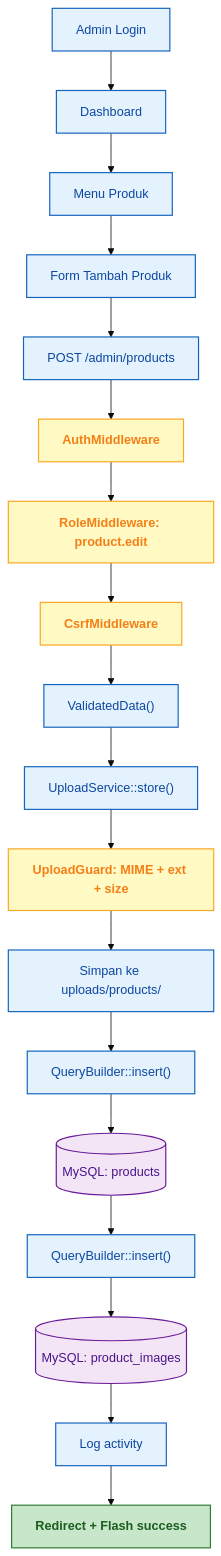
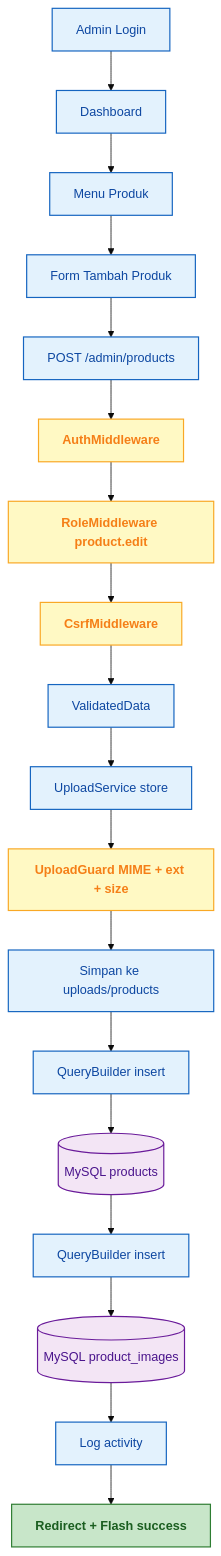
Before and after one commit to sekarpratama/project1: the ninth of 19 diagrams in README.md, drawn with Mermaid (base theme). The commit also changed other lines of this file, not shown here.

````diff
--- a/README.md
+++ b/README.md
@@ -534,28 +554,44 @@
 ```mermaid
 flowchart TD
     A["Admin Login"]:::step
     B["Dashboard"]:::step
     C["Menu Produk"]:::step
     D["Form Tambah Produk"]:::step
     E["POST /admin/products"]:::step
     F["AuthMiddleware"]:::check
-    G["RoleMiddleware: product.edit"]:::check
+    G["RoleMiddleware product.edit"]:::check
     H["CsrfMiddleware"]:::check
-    I["ValidatedData()"]:::step
-    J["UploadService::store()"]:::step
-    K["UploadGuard: MIME + ext + size"]:::check
-    L["Simpan ke uploads/products/"]:::step
-    M["QueryBuilder::insert()"]:::step
-    N[("MySQL: products")]:::data
-    O["QueryBuilder::insert()"]:::step
-    P[("MySQL: product_images")]:::data
+    I["ValidatedData"]:::step
+    J["UploadService store"]:::step
+    K["UploadGuard MIME + ext + size"]:::check
+    L["Simpan ke uploads/products"]:::step
+    M["QueryBuilder insert"]:::step
+    N[("MySQL products")]:::data
+    O["QueryBuilder insert"]:::step
+    P[("MySQL product_images")]:::data
     Q["Log activity"]:::step
     R["Redirect + Flash success"]:::success
 
-    A --> B --> C --> D --> E --> F --> G --> H --> I --> J --> K --> L --> M --> N --> O --> P --> Q --> R
+    A --> B
+    B --> C
+    C --> D
+    D --> E
+    E --> F
+    F --> G
+    G --> H
+    H --> I
+    I --> J
+    J --> K
+    K --> L
+    L --> M
+    M --> N
+    N --> O
+    O --> P
+    P --> Q
+    Q --> R
 
     classDef step fill:#e3f2fd,stroke:#1565c0,stroke-width:1.5px,color:#0d47a1
     classDef check fill:#fff9c4,stroke:#f9a825,stroke-width:1.5px,color:#f57f17,font-weight:bold
     classDef data fill:#f3e5f5,stroke:#6a1b9a,stroke-width:1.5px,color:#4a148c
     classDef success fill:#c8e6c9,stroke:#2e7d32,stroke-width:1.5px,color:#1b5e20,font-weight:bold
 ```
````
